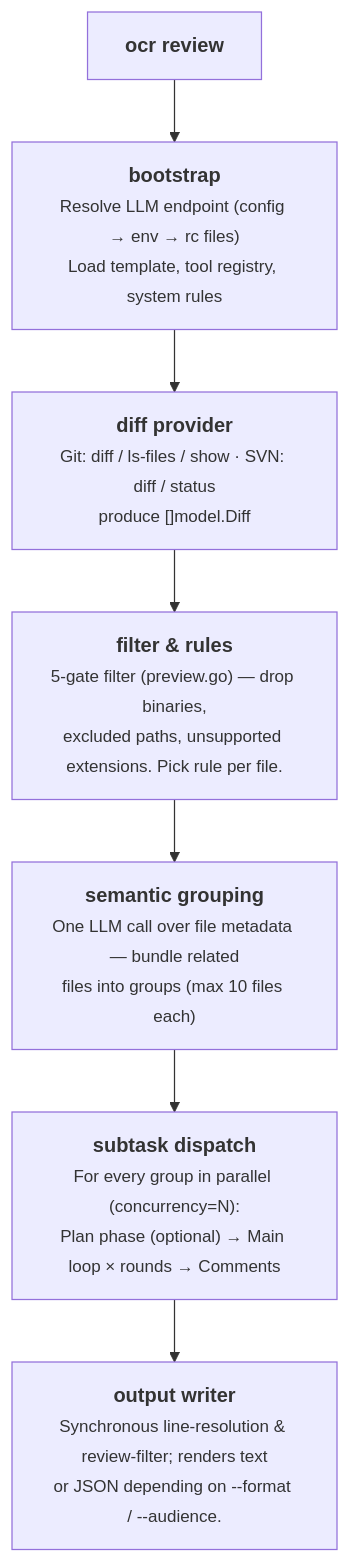
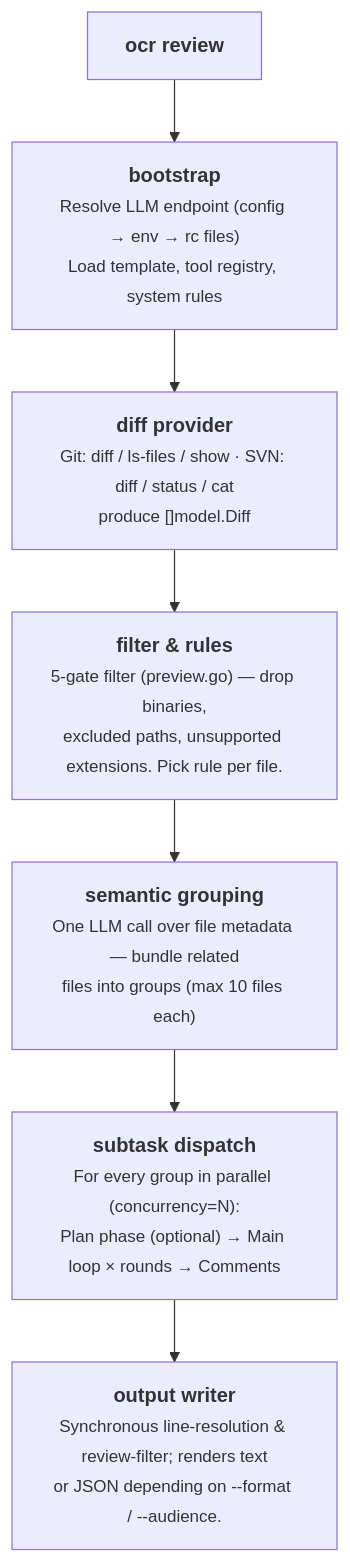
Before and after one commit to Qiyuanqiii/open-code-review: the first of 2 diagrams in pages/src/content/docs/en/architecture.md, drawn with Mermaid. The commit also changed other lines of this file and 60 other files, not shown here.

````diff
--- a/pages/src/content/docs/en/architecture.md
+++ b/pages/src/content/docs/en/architecture.md
@@ -14,12 +14,12 @@
 ```mermaid
 flowchart TD
     A["<b>ocr review</b>"]
     B["<b>bootstrap</b><br/><span style='font-size:0.85em'>Resolve LLM endpoint (config → env → rc files)<br/>Load template, tool registry, system rules</span>"]
-    C["<b>diff provider</b><br/><span style='font-size:0.85em'>Git: diff / ls-files / show · SVN: diff / status<br/>produce []model.Diff</span>"]
+    C["<b>diff provider</b><br/><span style='font-size:0.85em'>Git: diff / ls-files / show · SVN: diff / status / cat<br/>produce []model.Diff</span>"]
     D["<b>filter & rules</b><br/><span style='font-size:0.85em'>5-gate filter (preview.go) — drop binaries,<br/>excluded paths, unsupported extensions. Pick rule per file.</span>"]
     D2["<b>semantic grouping</b><br/><span style='font-size:0.85em'>One LLM call over file metadata — bundle related<br/>files into groups (max 10 files each)</span>"]
     E["<b>subtask dispatch</b><br/><span style='font-size:0.85em'>For every group in parallel (concurrency=N):<br/>Plan phase (optional) → Main loop × rounds → Comments</span>"]
     F["<b>output writer</b><br/><span style='font-size:0.85em'>Synchronous line-resolution & review-filter; renders text<br/>or JSON depending on --format / --audience.</span>"]
 
     A --> B --> C --> D --> D2 --> E --> F
 ```
````
